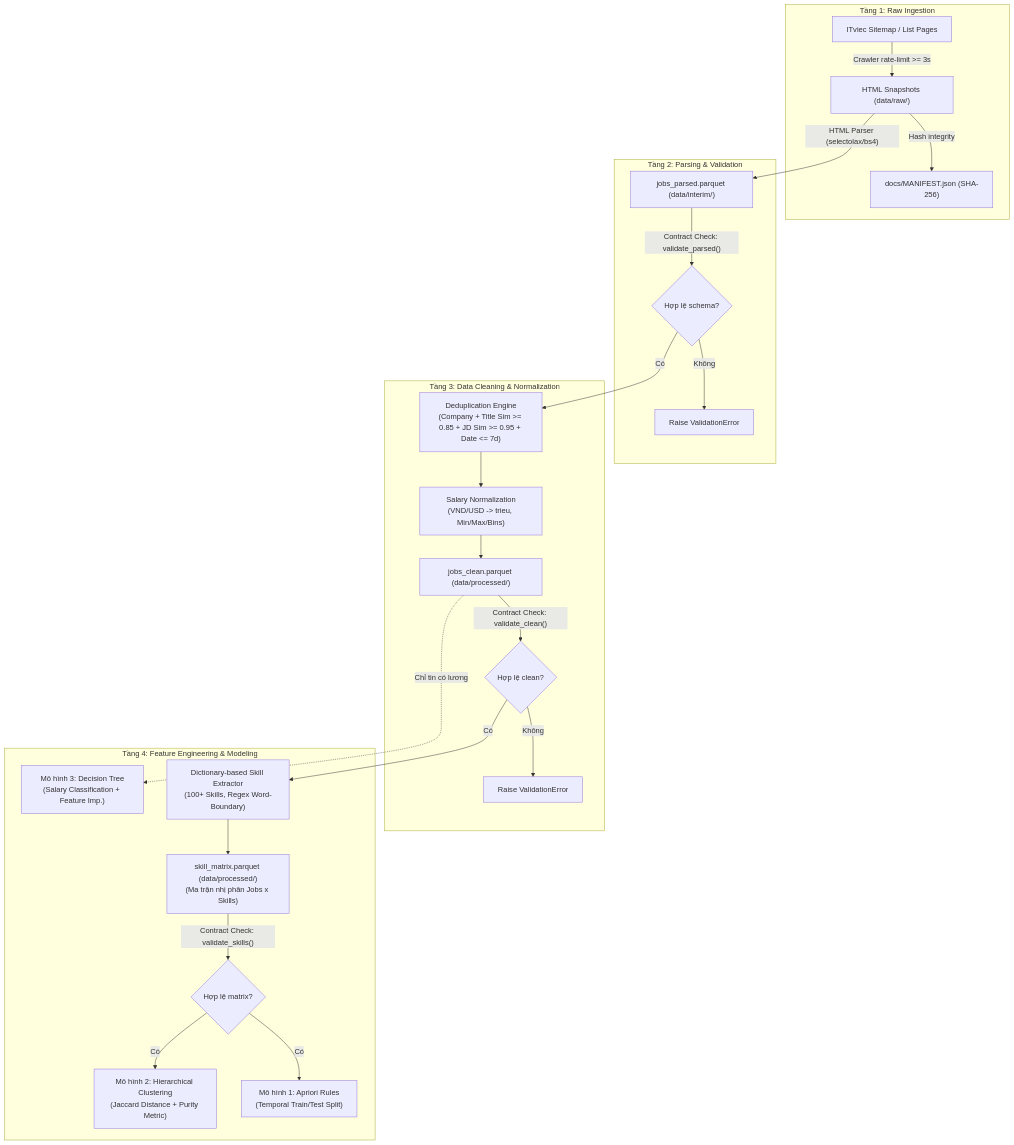
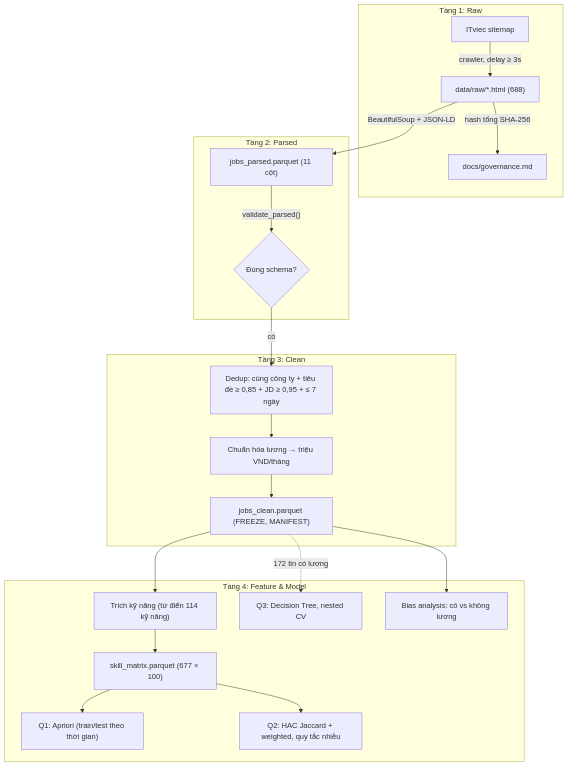
The diagram in README.md (dogtoro/Labor-Market-Intelligence), drawn with Mermaid before and after one commit. The commit also changed other lines of this file, not shown here.

````diff
--- a/README.md
+++ b/README.md
@@ -72,31 +145,24 @@
 ```mermaid
 flowchart TD
-    subgraph L1["Tầng 1: Raw Ingestion"]
-        Sitemap["ITviec Sitemap / List Pages"] -->|"Crawler rate-limit >= 3s"| RawHTML["HTML Snapshots (data/raw/)"]
-        RawHTML -->|"Hash integrity"| Manifest["docs/MANIFEST.json (SHA-256)"]
+    subgraph L1["Tầng 1: Raw"]
+        Sitemap["ITviec sitemap"] -->|"crawler, delay ≥ 3s"| Raw["data/raw/*.html (688)"]
+        Raw -->|"hash tổng SHA-256"| Gov["docs/governance.md"]
     end
-
-    subgraph L2["Tầng 2: Parsing & Validation"]
-        RawHTML -->|"HTML Parser (selectolax/bs4)"| ParsedDF["jobs_parsed.parquet (data/interim/)"]
-        ParsedDF -->|"Contract Check: validate_parsed()"| V1{"Hợp lệ schema?"}
-        V1 -->|"Không"| Alert1["Raise ValidationError"]
+    subgraph L2["Tầng 2: Parsed"]
+        Raw -->|"BeautifulSoup + JSON-LD"| Parsed["jobs_parsed.parquet (11 cột)"]
+        Parsed -->|"validate_parsed()"| V1{"Đúng schema?"}
     end
-
-    subgraph L3["Tầng 3: Data Cleaning & Normalization"]
-        V1 -->|"Có"| Dedup["Deduplication Engine<br/>(Company + Title Sim >= 0.85 + JD Sim >= 0.95 + Date <= 7d)"]
-        Dedup --> SalaryParser["Salary Normalization<br/>(VND/USD -> trieu, Min/Max/Bins)"]
-        SalaryParser --> CleanDF["jobs_clean.parquet (data/processed/)"]
-        CleanDF -->|"Contract Check: validate_clean()"| V2{"Hợp lệ clean?"}
-        V2 -->|"Không"| Alert2["Raise ValidationError"]
+    subgraph L3["Tầng 3: Clean"]
+        V1 -->|"có"| Dedup["Dedup: cùng công ty + tiêu đề ≥ 0,85 + JD ≥ 0,95 + ≤ 7 ngày"]
+        Dedup --> Salary["Chuẩn hóa lương → triệu VND/tháng"]
+        Salary --> Clean["jobs_clean.parquet (FREEZE, MANIFEST)"]
     end
-
-    subgraph L4["Tầng 4: Feature Engineering & Modeling"]
-        V2 -->|"Có"| SkillExtractor["Dictionary-based Skill Extractor<br/>(100+ Skills, Regex Word-Boundary)"]
-        SkillExtractor --> SkillMatrix["skill_matrix.parquet (data/processed/)<br/>(Ma trận nhị phân Jobs x Skills)"]
-        SkillMatrix -->|"Contract Check: validate_skills()"| V3{"Hợp lệ matrix?"}
-        
-        V3 -->|"Có"| M1["Mô hình 1: Apriori Rules<br/>(Temporal Train/Test Split)"]
-        V3 -->|"Có"| M2["Mô hình 2: Hierarchical Clustering<br/>(Jaccard Distance + Purity Metric)"]
-        CleanDF -.->|"Chỉ tin có lương"| M3["Mô hình 3: Decision Tree<br/>(Salary Classification + Feature Imp.)"]
+    subgraph L4["Tầng 4: Feature & Model"]
+        Clean --> Skills["Trích kỹ năng (từ điển 114 kỹ năng)"]
+        Skills --> Matrix["skill_matrix.parquet (677 × 100)"]
+        Matrix --> M1["Q1: Apriori (train/test theo thời gian)"]
+        Matrix --> M2["Q2: HAC Jaccard + weighted, quy tắc nhiễu"]
+        Clean -.->|"172 tin có lương"| M3["Q3: Decision Tree, nested CV"]
+        Clean --> M4["Bias analysis: có vs không lương"]
     end
 ```
````
